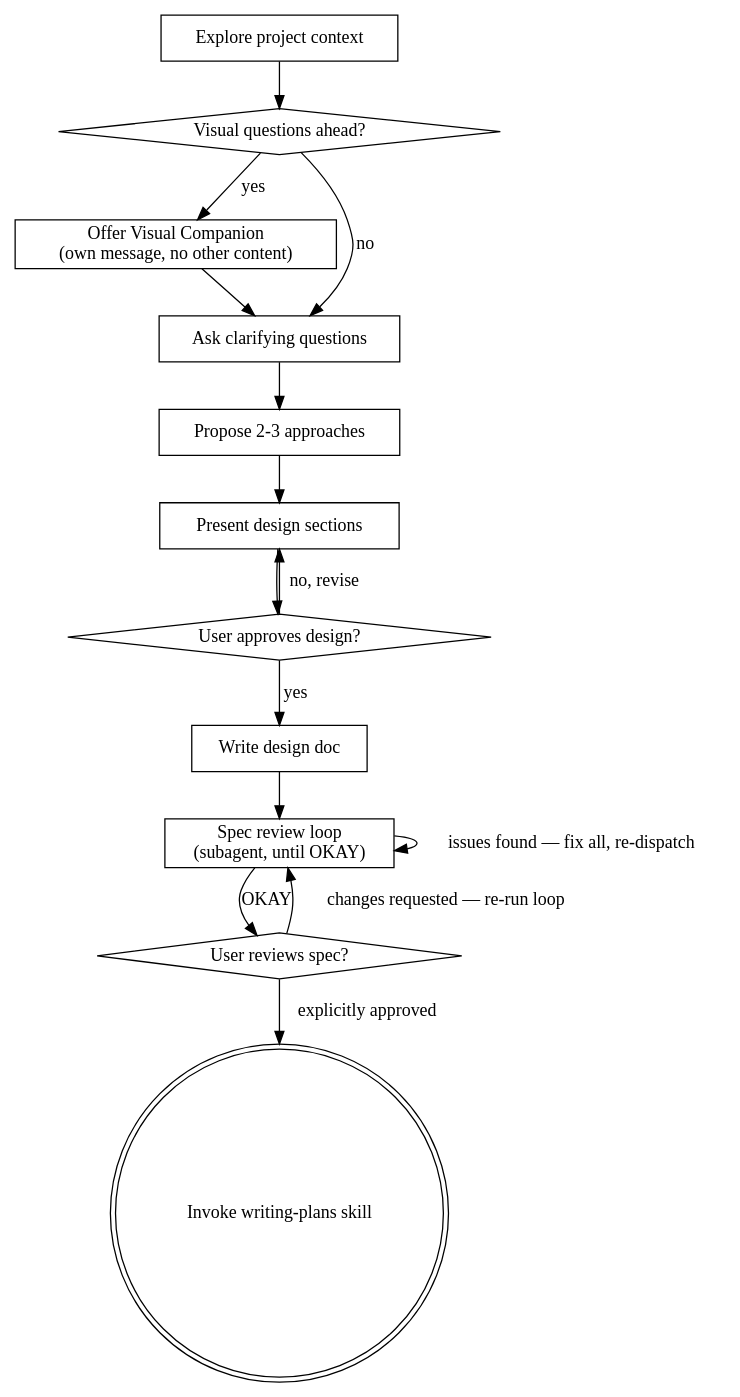
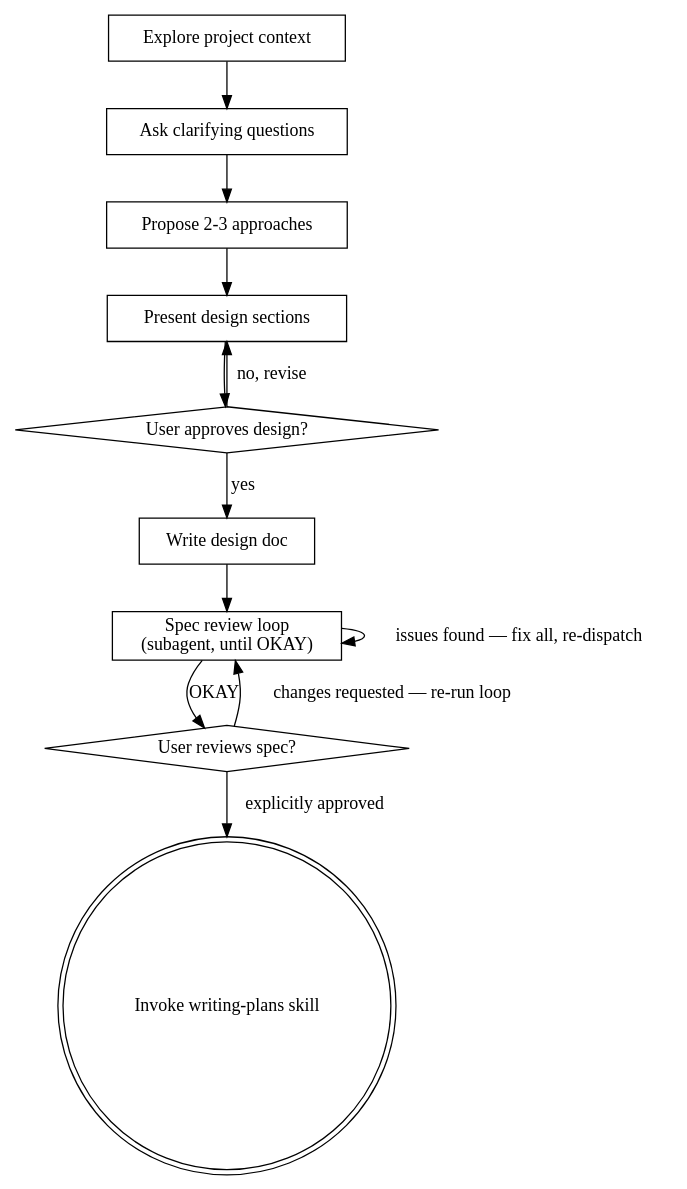
Before and after one commit to stu43005/superpowers-codex: the diagram in skills/brainstorming/SKILL.md, drawn with Graphviz. The commit also changed other lines of this file and 6 other files, not shown here.

First line of the commit message:
refactor: remove visual companion from brainstorming skill

````diff
--- a/skills/brainstorming/SKILL.md
+++ b/skills/brainstorming/SKILL.md
@@ -36,30 +35,25 @@
 ```dot
 digraph brainstorming {
     "Explore project context" [shape=box];
-    "Visual questions ahead?" [shape=diamond];
-    "Offer Visual Companion\n(own message, no other content)" [shape=box];
     "Ask clarifying questions" [shape=box];
     "Propose 2-3 approaches" [shape=box];
     "Present design sections" [shape=box];
     "User approves design?" [shape=diamond];
     "Write design doc" [shape=box];
     "Spec review loop\n(subagent, until OKAY)" [shape=box];
     "User reviews spec?" [shape=diamond];
     "Invoke writing-plans skill" [shape=doublecircle];
 
-    "Explore project context" -> "Visual questions ahead?";
-    "Visual questions ahead?" -> "Offer Visual Companion\n(own message, no other content)" [label="yes"];
-    "Visual questions ahead?" -> "Ask clarifying questions" [label="no"];
-    "Offer Visual Companion\n(own message, no other content)" -> "Ask clarifying questions";
+    "Explore project context" -> "Ask clarifying questions";
     "Ask clarifying questions" -> "Propose 2-3 approaches";
     "Propose 2-3 approaches" -> "Present design sections";
     "Present design sections" -> "User approves design?";
     "User approves design?" -> "Present design sections" [label="no, revise"];
     "User approves design?" -> "Write design doc" [label="yes"];
     "Write design doc" -> "Spec review loop\n(subagent, until OKAY)";
     "Spec review loop\n(subagent, until OKAY)" -> "Spec review loop\n(subagent, until OKAY)" [label="issues found — fix all, re-dispatch"];
     "Spec review loop\n(subagent, until OKAY)" -> "User reviews spec?" [label="OKAY"];
     "User reviews spec?" -> "Spec review loop\n(subagent, until OKAY)" [label="changes requested — re-run loop"];
     "User reviews spec?" -> "Invoke writing-plans skill" [label="explicitly approved"];
 }
 ```
````
